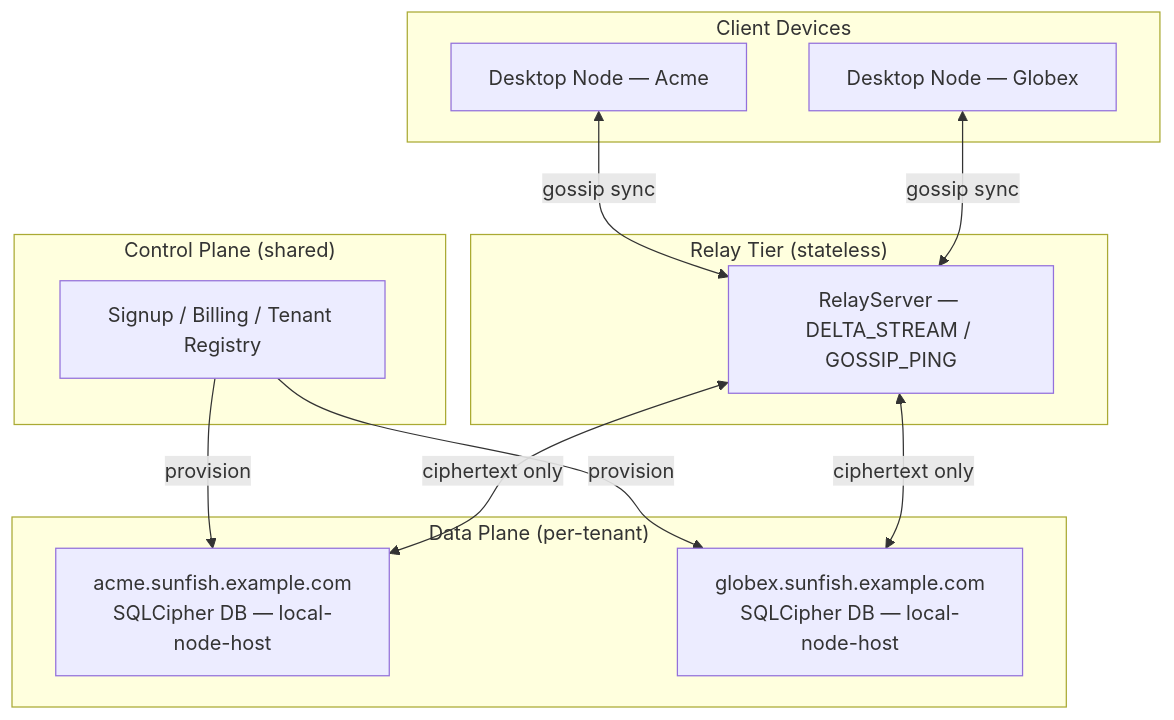
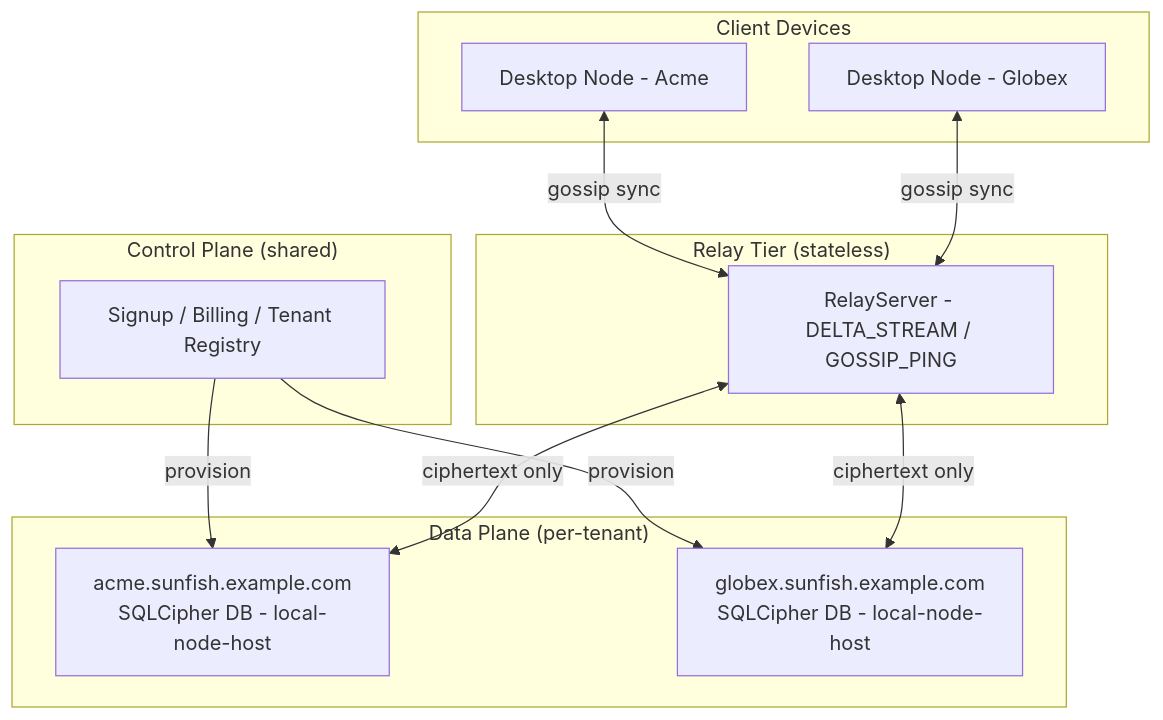
The diagram in vol-1/part-4-implementation-playbooks/ch18-migrating-existing-saas.md (Harborline-Software/the-inverted-stack), drawn with Mermaid before and after one commit. The commit also changed other lines of this file and 376 other files, not shown here.

````diff
--- a/vol-1/part-4-implementation-playbooks/ch18-migrating-existing-saas.md
+++ b/vol-1/part-4-implementation-playbooks/ch18-migrating-existing-saas.md
@@ -62,27 +62,27 @@
 ```mermaid
 graph TB
     subgraph ControlPlane["Control Plane (shared)"]
         CP[Signup / Billing / Tenant Registry]
     end
 
     subgraph RelayTier["Relay Tier (stateless)"]
-        RS[RelayServer — DELTA_STREAM / GOSSIP_PING]
+        RS[RelayServer - DELTA_STREAM / GOSSIP_PING]
     end
 
     subgraph DataPlane["Data Plane (per-tenant)"]
-        T1[acme.sunfish.example.com\nSQLCipher DB — local-node-host]
-        T2[globex.sunfish.example.com\nSQLCipher DB — local-node-host]
+        T1[acme.sunfish.example.com\nSQLCipher DB - local-node-host]
+        T2[globex.sunfish.example.com\nSQLCipher DB - local-node-host]
     end
 
     subgraph Clients["Client Devices"]
-        D1[Desktop Node — Acme]
-        D2[Desktop Node — Globex]
+        D1[Desktop Node - Acme]
+        D2[Desktop Node - Globex]
     end
 
     CP -->|provision| T1
     CP -->|provision| T2
     D1 <-->|gossip sync| RS
     D2 <-->|gossip sync| RS
     RS <-->|ciphertext only| T1
     RS <-->|ciphertext only| T2
 ```
````
